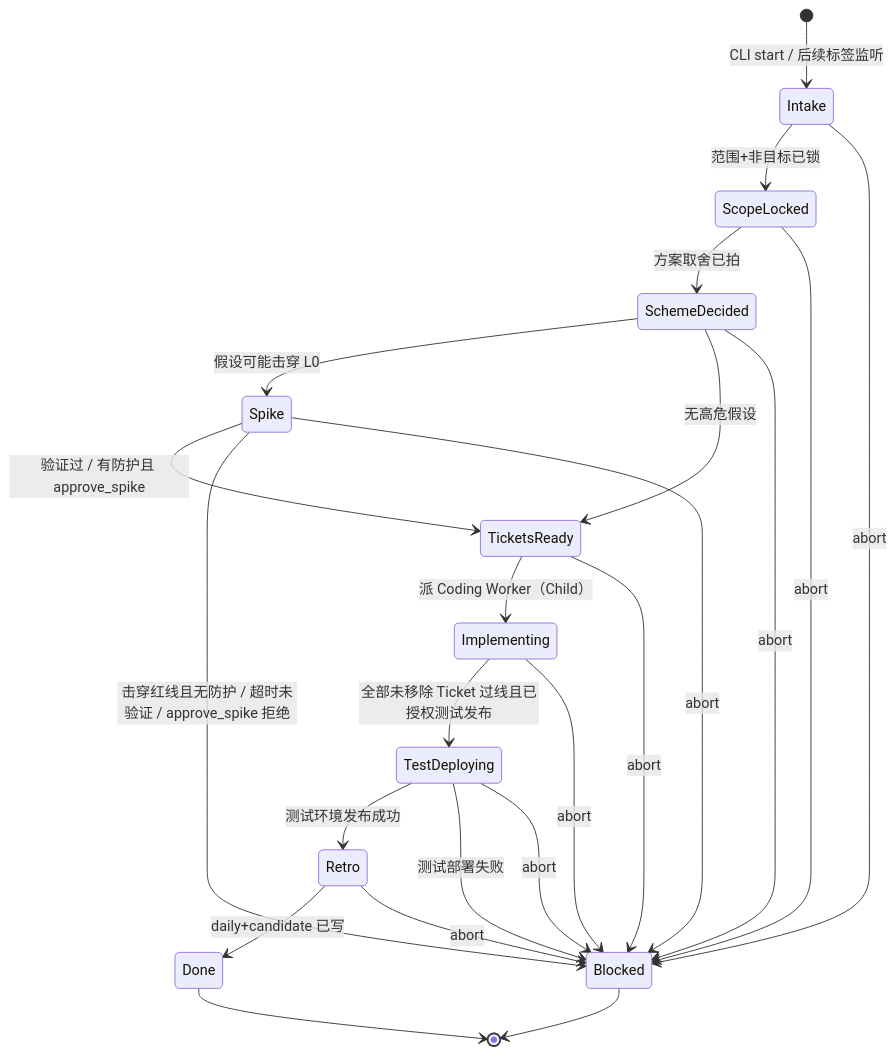
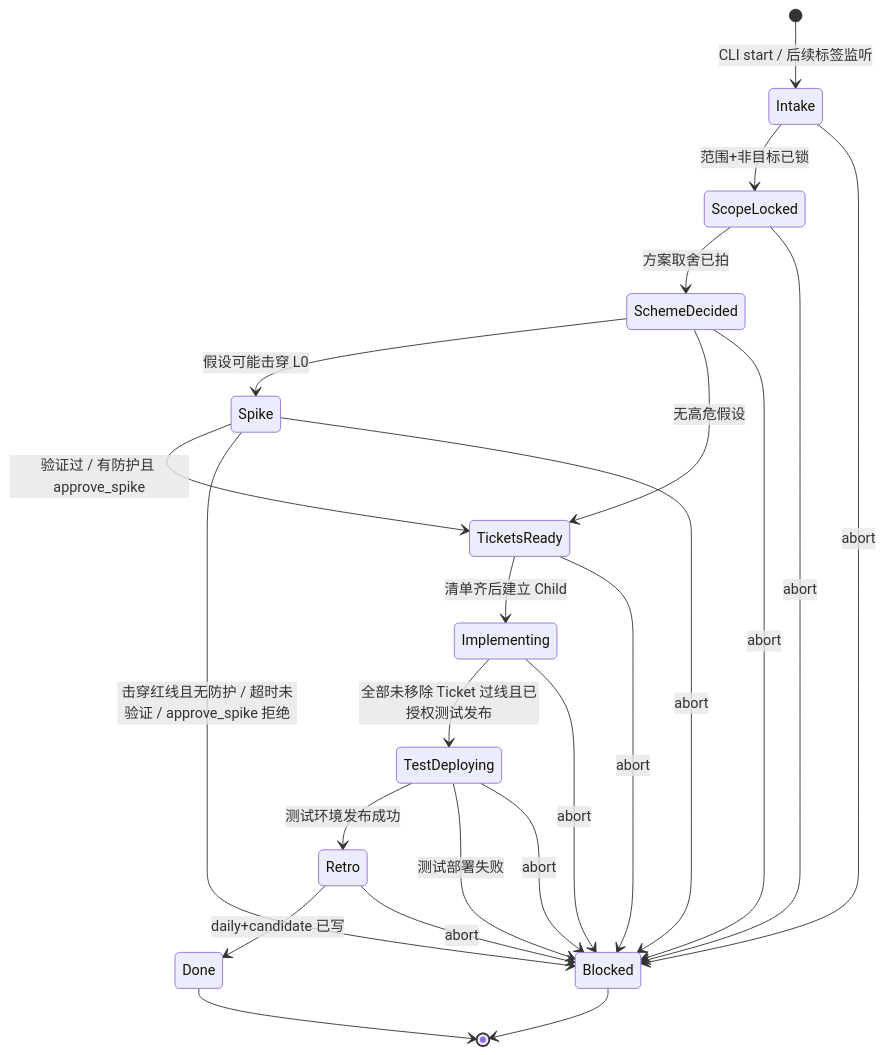
The first of 2 diagrams in README.md (JoeSmile/dev-pipeline), drawn with Mermaid before and after one commit. The commit also changed other lines of this file and 35 other files, not shown here.

````diff
--- a/README.md
+++ b/README.md
@@ -73,25 +73,25 @@
 ```mermaid
 stateDiagram-v2
     [*] --> Intake: CLI start / 后续标签监听
     Intake --> ScopeLocked: 范围+非目标已锁
     ScopeLocked --> SchemeDecided: 方案取舍已拍
     SchemeDecided --> Spike: 假设可能击穿 L0
     SchemeDecided --> TicketsReady: 无高危假设
     Spike --> TicketsReady: 验证过 / 有防护且 approve_spike
     Spike --> Blocked: 击穿红线且无防护 / 超时未验证 / approve_spike 拒绝
-    TicketsReady --> Implementing: 派 Coding Worker（Child）
+    TicketsReady --> Implementing: 清单齐后建立 Child
     Implementing --> TestDeploying: 全部未移除 Ticket 过线且已授权测试发布
     TestDeploying --> Retro: 测试环境发布成功
     TestDeploying --> Blocked: 测试部署失败
     Retro --> Done: daily+candidate 已写
     Intake --> Blocked: abort
     ScopeLocked --> Blocked: abort
     SchemeDecided --> Blocked: abort
     Spike --> Blocked: abort
     TicketsReady --> Blocked: abort
     Implementing --> Blocked: abort
     TestDeploying --> Blocked: abort
     Retro --> Blocked: abort
     Blocked --> [*]
     Done --> [*]
 ```
````
